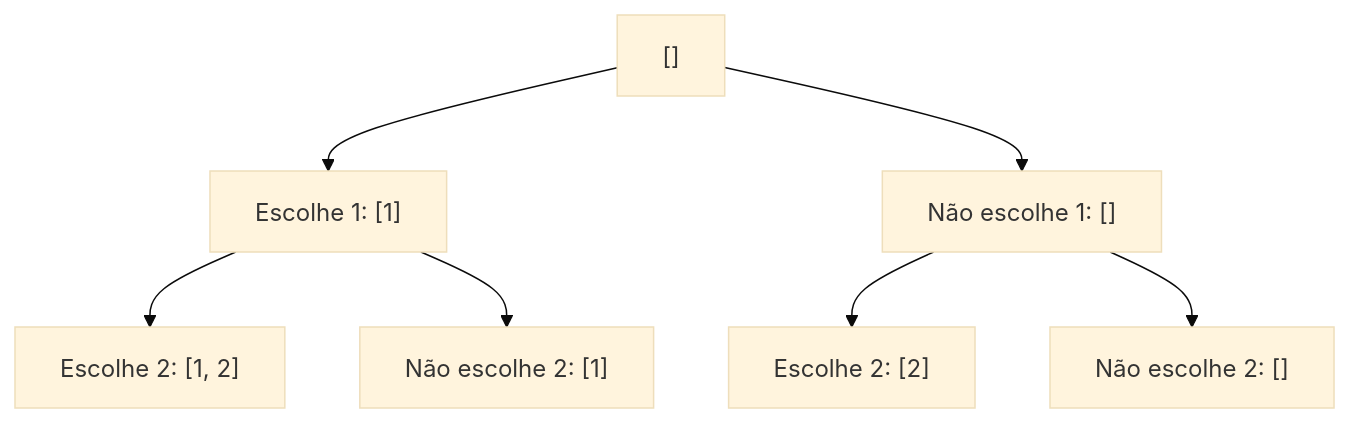
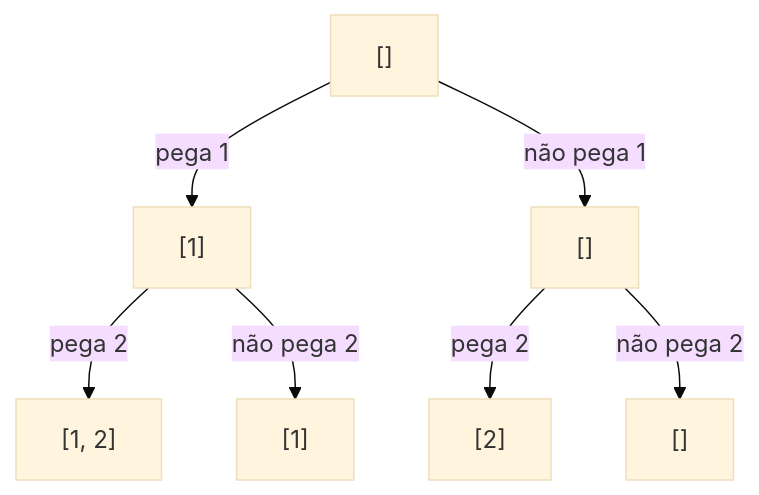
The diagram in content/cursos/n3-estruturas-de-dados-e-algoritmos/03-recursao-e-divisao-e-conquista/02-backtracking.lvl.md (Lip3Bazinga/v0-level-usp-project), drawn with Mermaid (base theme) before and after one commit. The commit also changed other lines of this file and 3 other files, not shown here.

````diff
--- a/content/cursos/n3-estruturas-de-dados-e-algoritmos/03-recursao-e-divisao-e-conquista/02-backtracking.lvl.md
+++ b/content/cursos/n3-estruturas-de-dados-e-algoritmos/03-recursao-e-divisao-e-conquista/02-backtracking.lvl.md
@@ -28,9 +26,9 @@
 ```mermaid
 flowchart TD
-    R["[]"] --> A["Escolhe 1: [1]"]
-    R --> B["Não escolhe 1: []"]
-    A --> C["Escolhe 2: [1, 2]"]
-    A --> D["Não escolhe 2: [1]"]
-    B --> E["Escolhe 2: [2]"]
-    B --> F["Não escolhe 2: []"]
+    R["[]"] -->|"pega 1"| A["[1]"]
+    R -->|"não pega 1"| B["[]"]
+    A -->|"pega 2"| C["[1, 2]"]
+    A -->|"não pega 2"| D["[1]"]
+    B -->|"pega 2"| E["[2]"]
+    B -->|"não pega 2"| F["[]"]
 ```
````
